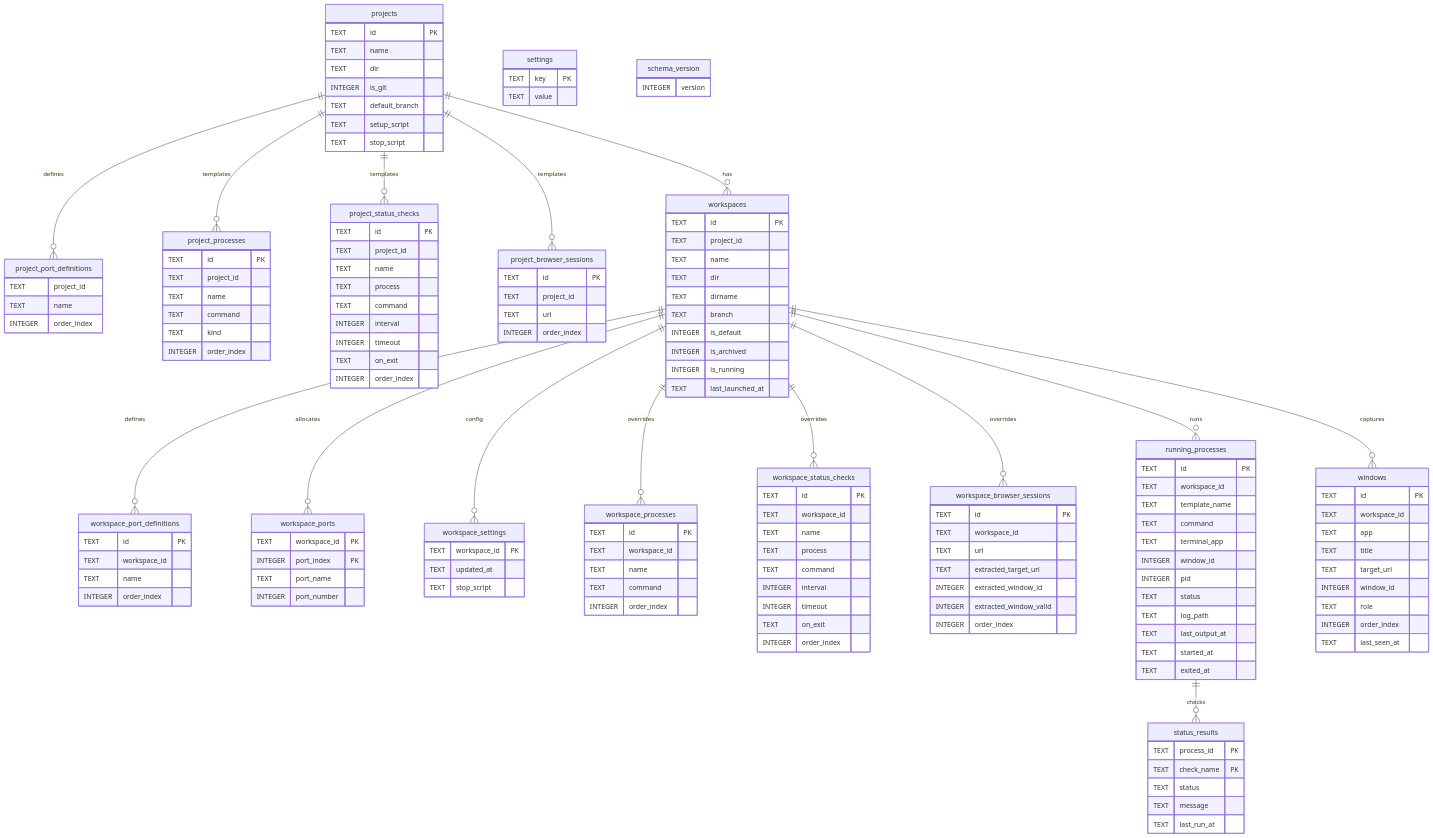
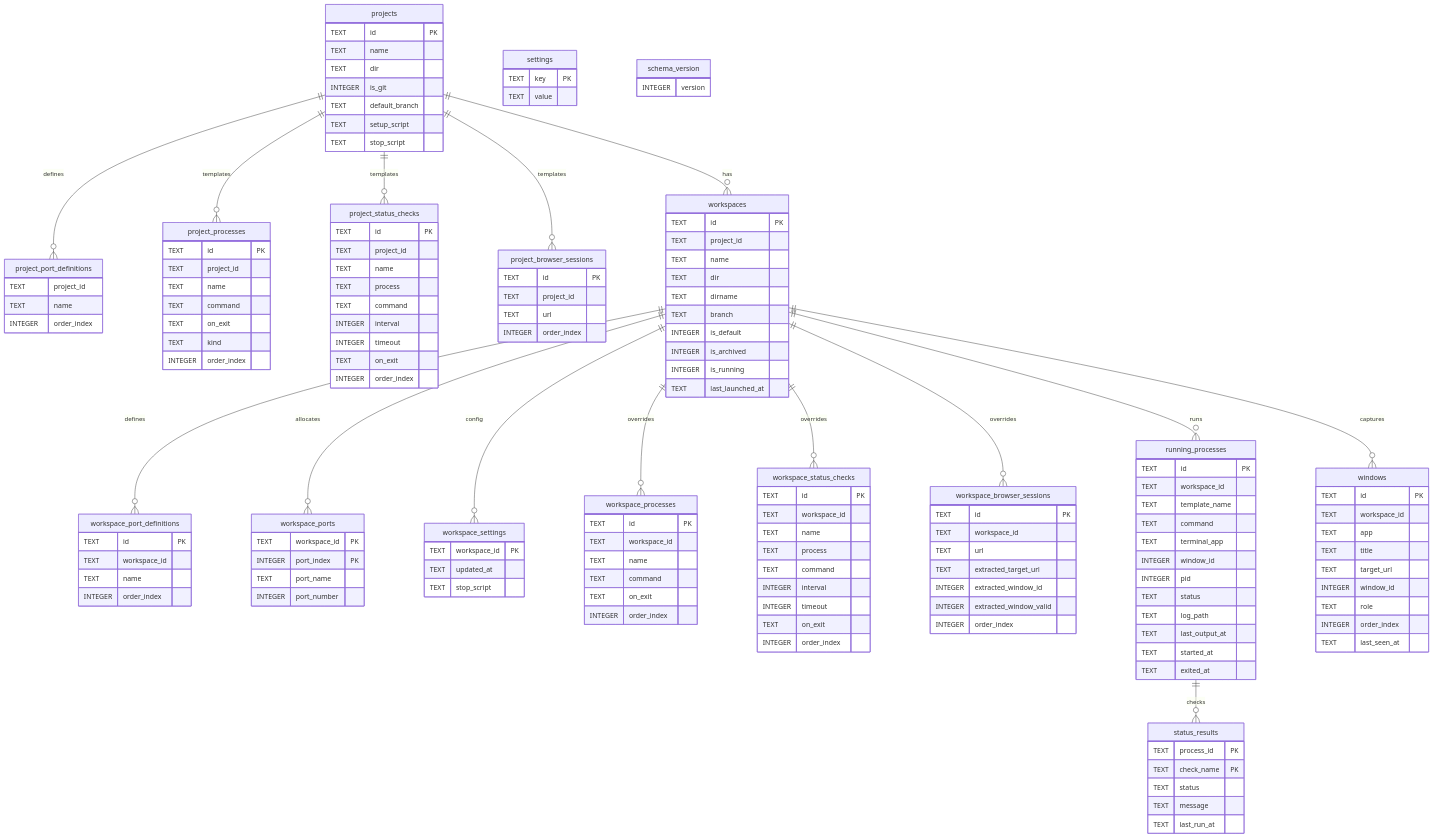
Before and after one commit to yogesh-dhande/spaces: the second of 5 diagrams in apps/macos/docs/architecture.md, drawn with Mermaid. The commit also changed other lines of this file and 6 other files, not shown here.

```diff
--- a/apps/macos/docs/architecture.md
+++ b/apps/macos/docs/architecture.md
@@ -129,6 +135,7 @@
     TEXT project_id
     TEXT name
     TEXT command
+    TEXT on_exit
     TEXT kind
     INTEGER order_index
   }
@@ -190,6 +197,7 @@
     TEXT workspace_id
     TEXT name
     TEXT command
+    TEXT on_exit
     INTEGER order_index
   }
 
```
